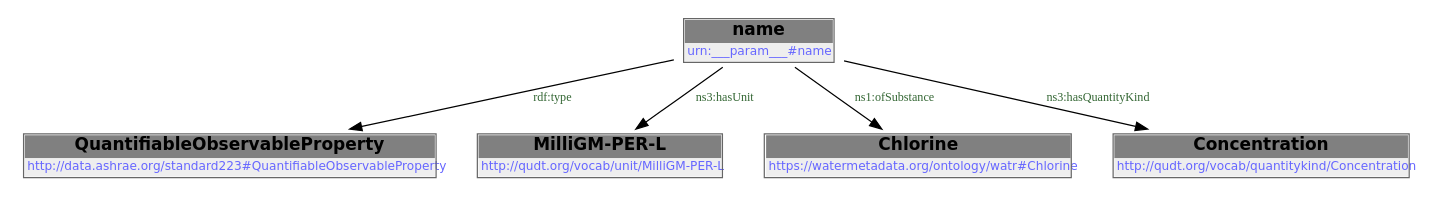
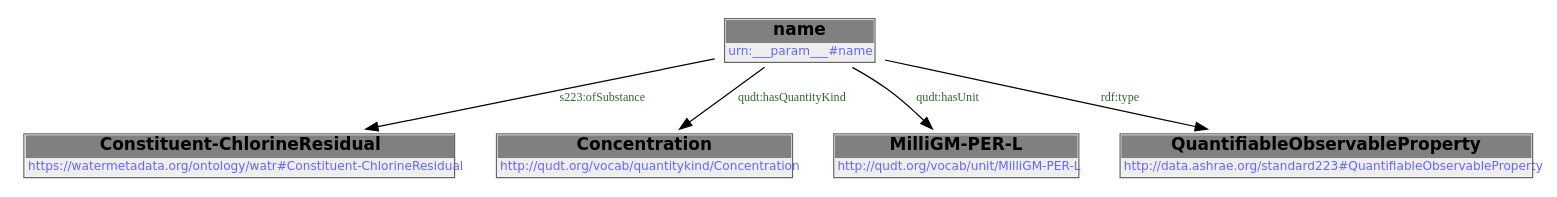
Before and after one commit to DataDrivenCPS/water-ontology: the diagram in docs/libraries/templates/cl2-mgL.rst, drawn with Graphviz. The commit also changed other lines of this file and 83 other files, not shown here.

```diff
--- a/docs/libraries/templates/cl2-mgL.rst
+++ b/docs/libraries/templates/cl2-mgL.rst
@@ -63,14 +57,19 @@
-        .. graphviz::
+.. graphviz::
 
-                digraph G {
-            node [fontname="DejaVu Sans"];
-            node0 -> node1 [color=BLACK, label=< <font point-size='10' color='#336633'>rdf:type</font> >];
-            node0 -> node2 [color=BLACK, label=< <font point-size='10' color='#336633'>ns3:hasUnit</font> >];
-            node0 -> node3 [color=BLACK, label=< <font point-size='10' color='#336633'>ns1:ofSubstance</font> >];
-            node0 -> node4 [color=BLACK, label=< <font point-size='10' color='#336633'>ns3:hasQuantityKind</font> >];
-            node0 [shape=none, color=black, label=< <table color='#666666' cellborder='0' cellspacing='0' border='1'><tr><td colspan='2' bgcolor='grey'><B>name</B></td></tr><tr><td href='urn:___param___#name' bgcolor='#eeeeee' colspan='2'><font point-size='10' color='#6666ff'>urn:___param___#name</font></td></tr></table> >];
-            node1 [shape=none, color=black, label=< <table color='#666666' cellborder='0' cellspacing='0' border='1'><tr><td colspan='2' bgcolor='grey'><B>QuantifiableObservableProperty</B></td></tr><tr><td href='http://data.ashrae.org/standard223#QuantifiableObservableProperty' bgcolor='#eeeeee' colspan='2'><font point-size='10' color='#6666ff'>http://data.ashrae.org/standard223#QuantifiableObservableProperty</font></td></tr></table> >];
-            node2 [shape=none, color=black, label=< <table color='#666666' cellborder='0' cellspacing='0' border='1'><tr><td colspan='2' bgcolor='grey'><B>MilliGM-PER-L</B></td></tr><tr><td href='http://qudt.org/vocab/unit/MilliGM-PER-L' bgcolor='#eeeeee' colspan='2'><font point-size='10' color='#6666ff'>http://qudt.org/vocab/unit/MilliGM-PER-L</font></td></tr></table> >];
-            node3 [shape=none, color=black, label=< <table color='#666666' cellborder='0' cellspacing='0' border='1'><tr><td colspan='2' bgcolor='grey'><B>Chlorine</B></td></tr><tr><td href='https://watermetadata.org/ontology/watr#Chlorine' bgcolor='#eeeeee' colspan='2'><font point-size='10' color='#6666ff'>https://watermetadata.org/ontology/watr#Chlorine</font></td></tr></table> >];
-            node4 [shape=none, color=black, label=< <table color='#666666' cellborder='0' cellspacing='0' border='1'><tr><td colspan='2' bgcolor='grey'><B>Concentration</B></td></tr><tr><td href='http://qudt.org/vocab/quantitykind/Concentration' bgcolor='#eeeeee' colspan='2'><font point-size='10' color='#6666ff'>http://qudt.org/vocab/quantitykind/Concentration</font></td></tr></table> >];
-            }
+    digraph {
+     node [ fontname="DejaVu Sans" ] ;
+        node0 -> node1 [ color=BLACK, label=< <font point-size='10' color='#336633'>s223:ofSubstance</font> > ] ;
+        node0 -> node2 [ color=BLACK, label=< <font point-size='10' color='#336633'>qudt:hasQuantityKind</font> > ] ;
+        node0 -> node3 [ color=BLACK, label=< <font point-size='10' color='#336633'>qudt:hasUnit</font> > ] ;
+        node0 -> node4 [ color=BLACK, label=< <font point-size='10' color='#336633'>rdf:type</font> > ] ;
+    # urn:___param___#name node0
+    node0 [ shape=none, color=black label=< <table color='#666666' cellborder='0' cellspacing='0' border='1'><tr><td colspan='2' bgcolor='grey'><B>name</B></td></tr><tr><td href='urn:___param___#name' bgcolor='#eeeeee' colspan='2'><font point-size='10' color='#6666ff'>urn:___param___#name</font></td></tr></table> > ]
+    # https://watermetadata.org/ontology/watr#Constituent-ChlorineResidual node1
+    node1 [ shape=none, color=black label=< <table color='#666666' cellborder='0' cellspacing='0' border='1'><tr><td colspan='2' bgcolor='grey'><B>Constituent-ChlorineResidual</B></td></tr><tr><td href='https://watermetadata.org/ontology/watr#Constituent-ChlorineResidual' bgcolor='#eeeeee' colspan='2'><font point-size='10' color='#6666ff'>https://watermetadata.org/ontology/watr#Constituent-ChlorineResidual</font></td></tr></table> > ]
+    # http://qudt.org/vocab/quantitykind/Concentration node2
+    node2 [ shape=none, color=black label=< <table color='#666666' cellborder='0' cellspacing='0' border='1'><tr><td colspan='2' bgcolor='grey'><B>Concentration</B></td></tr><tr><td href='http://qudt.org/vocab/quantitykind/Concentration' bgcolor='#eeeeee' colspan='2'><font point-size='10' color='#6666ff'>http://qudt.org/vocab/quantitykind/Concentration</font></td></tr></table> > ]
+    # http://qudt.org/vocab/unit/MilliGM-PER-L node3
+    node3 [ shape=none, color=black label=< <table color='#666666' cellborder='0' cellspacing='0' border='1'><tr><td colspan='2' bgcolor='grey'><B>MilliGM-PER-L</B></td></tr><tr><td href='http://qudt.org/vocab/unit/MilliGM-PER-L' bgcolor='#eeeeee' colspan='2'><font point-size='10' color='#6666ff'>http://qudt.org/vocab/unit/MilliGM-PER-L</font></td></tr></table> > ]
+    # http://data.ashrae.org/standard223#QuantifiableObservableProperty node4
+    node4 [ shape=none, color=black label=< <table color='#666666' cellborder='0' cellspacing='0' border='1'><tr><td colspan='2' bgcolor='grey'><B>QuantifiableObservableProperty</B></td></tr><tr><td href='http://data.ashrae.org/standard223#QuantifiableObservableProperty' bgcolor='#eeeeee' colspan='2'><font point-size='10' color='#6666ff'>http://data.ashrae.org/standard223#QuantifiableObservableProperty</font></td></tr></table> > ]
+    }
```
